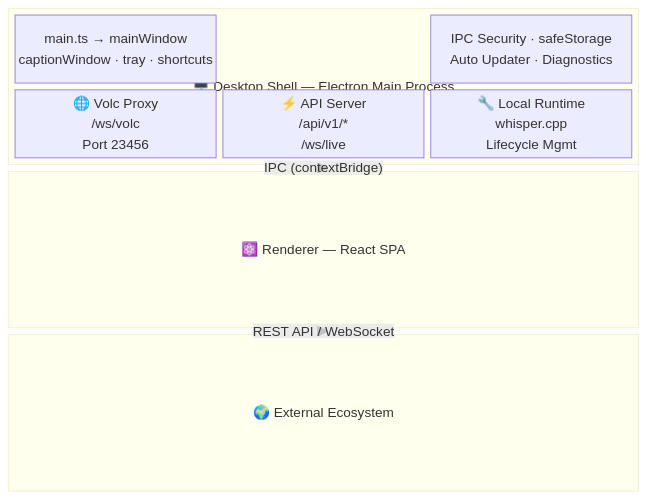
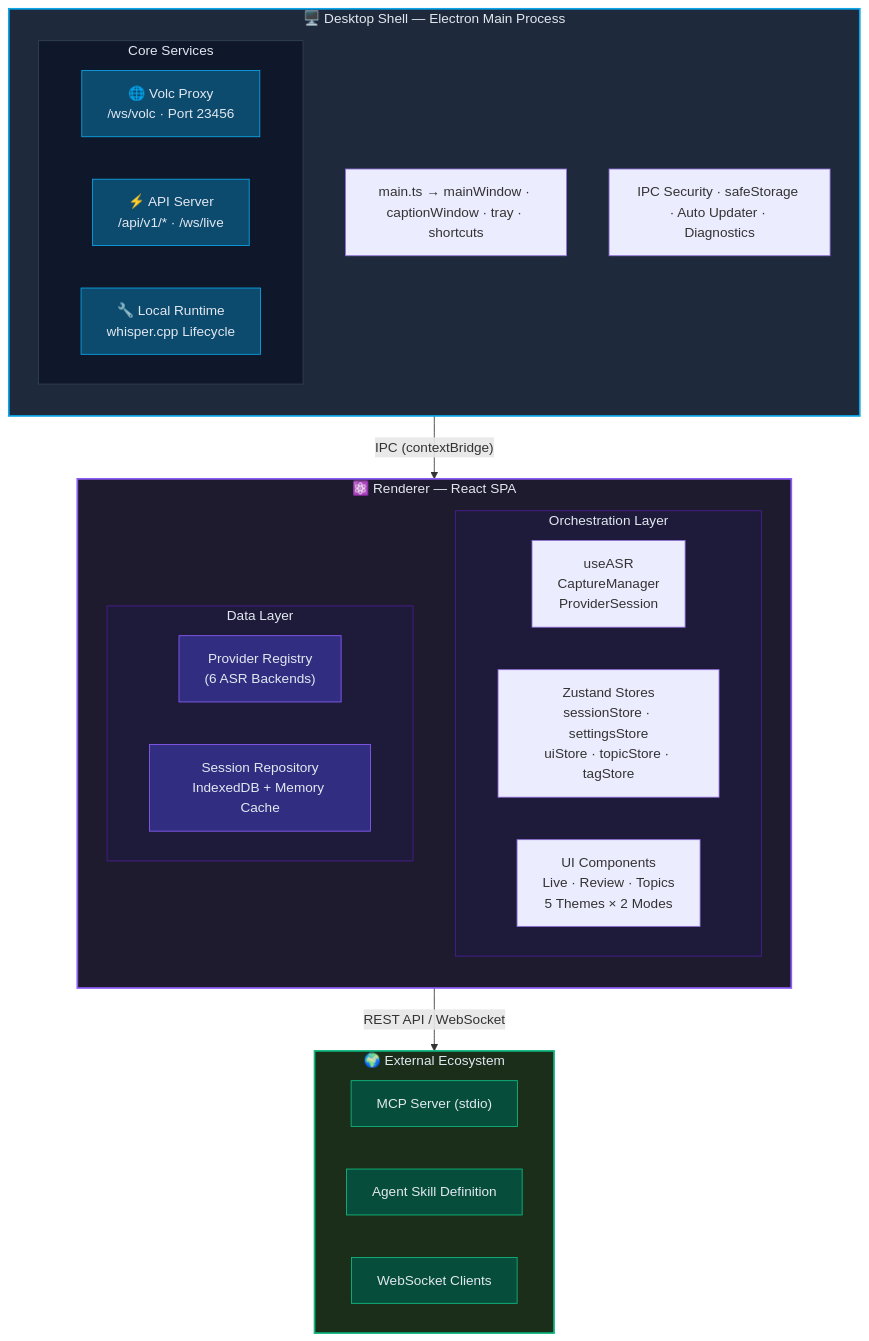
Before and after one commit to XimilalaXiang/DeLive: the first of 4 diagrams in docs/architecture/overview.md, drawn with Mermaid. The commit also changed other lines of this file and 1 other file, not shown here.

Commit message:
docs: fix architecture diagram — replace block-beta with flowchart subgraphs
block-beta rendered incomplete in production Mermaid. Switch to flowchart TB
with nested subgraphs, direction hints, and consistent color styling for all
three architecture layers.

Made-with: Cursor

````diff
--- a/docs/architecture/overview.md
+++ b/docs/architecture/overview.md
@@ -7,37 +7,55 @@
 ```mermaid
-block-beta
-  columns 1
-
-  block:shell["🖥️ Desktop Shell — Electron Main Process"]
-    columns 3
-    entry["main.ts → mainWindow\ncaptionWindow · tray · shortcuts"]
-    space
-    security["IPC Security · safeStorage\nAuto Updater · Diagnostics"]
-
-    volc["🌐 Volc Proxy\n/ws/volc\nPort 23456"]
-    api["⚡ API Server\n/api/v1/*\n/ws/live"]
-    runtime["🔧 Local Runtime\nwhisper.cpp\nLifecycle Mgmt"]
+flowchart TB
+  subgraph shell["🖥️ Desktop Shell — Electron Main Process"]
+    direction TB
+    entry["main.ts → mainWindow · captionWindow · tray · shortcuts"]
+    subgraph services["Core Services"]
+      direction LR
+      volc["🌐 Volc Proxy\n/ws/volc · Port 23456"]
+      api["⚡ API Server\n/api/v1/* · /ws/live"]
+      runtime["🔧 Local Runtime\nwhisper.cpp Lifecycle"]
+    end
+    infra["IPC Security · safeStorage · Auto Updater · Diagnostics"]
   end
 
-  shell -- "IPC (contextBridge)" --> renderer
+  shell -->|"IPC (contextBridge)"| renderer
 
-  block:renderer["⚛️ Renderer — React SPA"]
-    columns 3
-    hooks["useASR\nCaptureManager\nProviderSession"]
-    stores["Zustand Stores\nsessionStore · settingsStore\nuiStore · topicStore · tagStore"]
-    ui["UI Components\nLive · Review · Topics\n5 Themes × 2 Modes"]
-
-    providers["Provider Registry\n6 ASR Backends"]
-    persistence["Session Repository\nIndexedDB + Memory Cache"]
-    space
+  subgraph renderer["⚛️ Renderer — React SPA"]
+    direction TB
+    subgraph orchestration["Orchestration Layer"]
+      direction LR
+      hooks["useASR\nCaptureManager\nProviderSession"]
+      stores["Zustand Stores\nsessionStore · settingsStore\nuiStore · topicStore · tagStore"]
+      ui["UI Components\nLive · Review · Topics\n5 Themes × 2 Modes"]
+    end
+    subgraph data["Data Layer"]
+      direction LR
+      providers["Provider Registry\n(6 ASR Backends)"]
+      persistence["Session Repository\nIndexedDB + Memory Cache"]
+    end
   end
 
-  renderer -- "REST API / WebSocket" --> ecosystem
+  renderer -->|"REST API / WebSocket"| ecosystem
 
-  block:ecosystem["🌍 External Ecosystem"]
-    columns 3
-    mcp["MCP Server\n(stdio)"]
-    skill["Agent Skill\nDefinition"]
-    ws["WebSocket\nClients"]
+  subgraph ecosystem["🌍 External Ecosystem"]
+    direction LR
+    mcp["MCP Server (stdio)"]
+    skill["Agent Skill Definition"]
+    ws["WebSocket Clients"]
   end
+
+  style shell fill:#1e293b,stroke:#0ea5e9,stroke-width:2px,color:#e2e8f0
+  style renderer fill:#1e1b2e,stroke:#8b5cf6,stroke-width:2px,color:#e2e8f0
+  style ecosystem fill:#1a2e1a,stroke:#10b981,stroke-width:2px,color:#e2e8f0
+  style services fill:#0f172a,stroke:#334155,color:#e2e8f0
+  style orchestration fill:#1e1b3a,stroke:#4c1d95,color:#e2e8f0
+  style data fill:#1e1b3a,stroke:#4c1d95,color:#e2e8f0
+  style volc fill:#0c4a6e,stroke:#0ea5e9,color:#e2e8f0
+  style api fill:#0c4a6e,stroke:#0ea5e9,color:#e2e8f0
+  style runtime fill:#0c4a6e,stroke:#0ea5e9,color:#e2e8f0
+  style providers fill:#312e81,stroke:#8b5cf6,color:#e2e8f0
+  style persistence fill:#312e81,stroke:#8b5cf6,color:#e2e8f0
+  style mcp fill:#064e3b,stroke:#10b981,color:#e2e8f0
+  style skill fill:#064e3b,stroke:#10b981,color:#e2e8f0
+  style ws fill:#064e3b,stroke:#10b981,color:#e2e8f0
 ```
````
